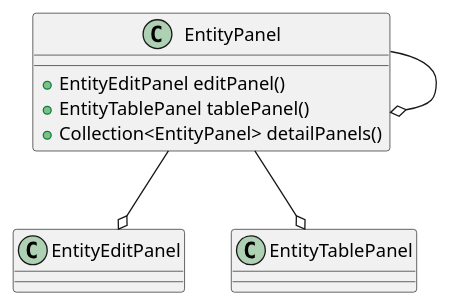
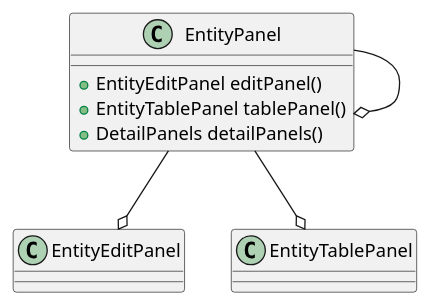
Before and after one commit to codion-is/codion: the diagram in documentation/src/docs/asciidoc/manual/framework-entity-panel.adoc, drawn with PlantUML. The commit also changed 9 other files, not shown here.

```diff
--- a/documentation/src/docs/asciidoc/manual/framework-entity-panel.adoc
+++ b/documentation/src/docs/asciidoc/manual/framework-entity-panel.adoc
@@ -6,12 +6,12 @@
 [plantuml,entity-panel-diagram,svg,align=center]
 -------------------------------------------
 class EntityPanel {
     +EntityEditPanel editPanel()
     +EntityTablePanel tablePanel()
-    +Collection<EntityPanel> detailPanels()
+    +DetailPanels detailPanels()
 }
 
 EntityPanel --o EntityEditPanel
 EntityPanel --o EntityTablePanel
 EntityPanel --o EntityPanel
 -------------------------------------------
```
